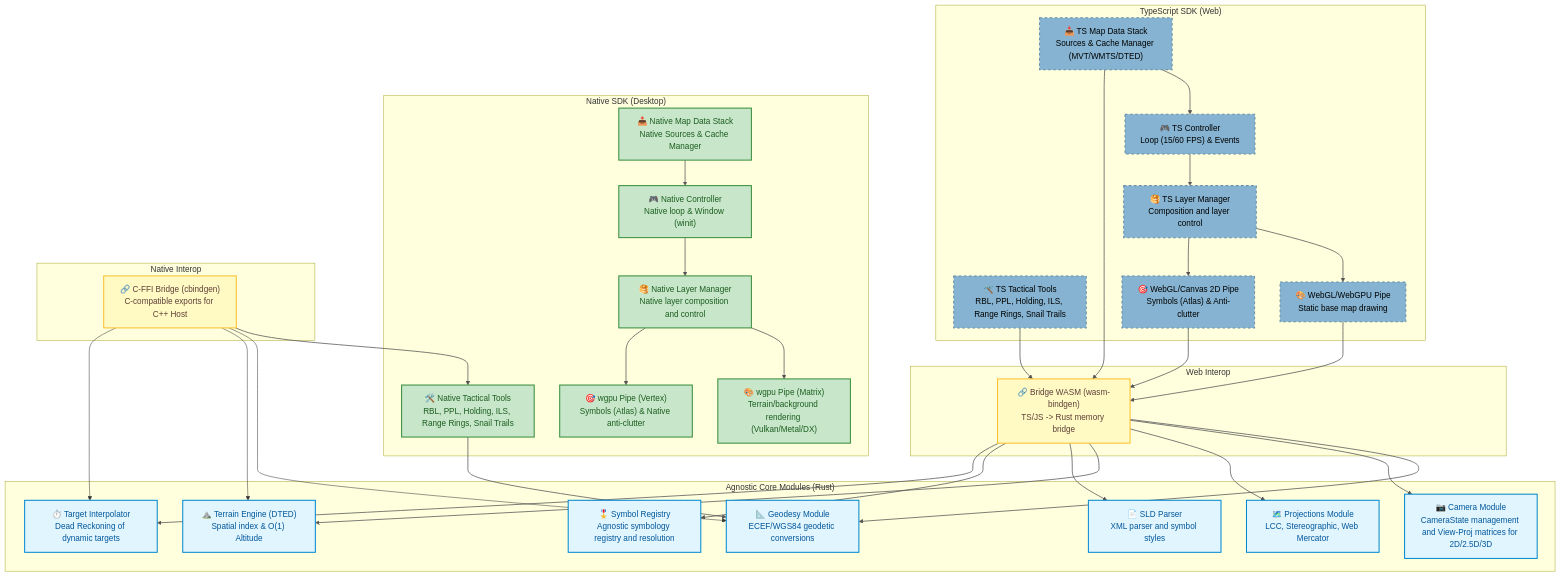
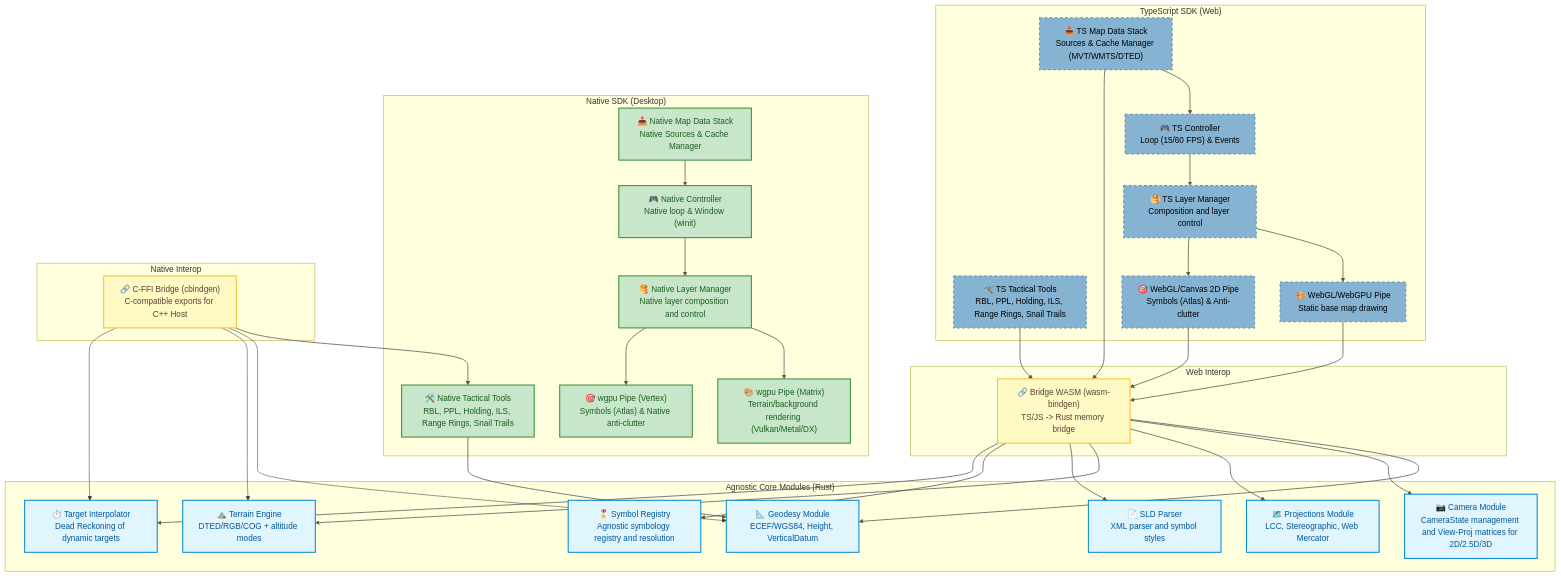
One commit to rodoni/olayer changed the third of 5 diagrams in docs/arch.md. Above: the diagram before and after it, drawn with Mermaid. The commit also changed other lines of this file and 42 other files, not shown here.

Commit message:
feat(terrain): add altitude modes and terrain rendering

````diff
--- a/docs/arch.md
+++ b/docs/arch.md
@@ -129,76 +129,76 @@
 ```mermaid
 graph TB
     classDef component fill:#85B3D1,stroke:#668fa7,color:#000000,stroke-dasharray: 5 5,stroke-width:2px;
     classDef coreComponent fill:#E1F5FE,stroke:#0288D1,color:#01579B,stroke-width:2px;
     classDef wasmBridge fill:#FFF9C4,stroke:#FBC02D,color:#5D4037,stroke-width:2px;
     classDef nativeComponent fill:#C8E6C9,stroke:#388E3C,color:#1B5E20,stroke-width:2px;
 
     subgraph TS_SDK_Comp ["TypeScript SDK (Web)"]
         ts_controller["🎮 TS Controller<br>Loop (15/60 FPS) & Events"]:::component
         ts_layer_manager["🥞 TS Layer Manager<br>Composition and layer control"]:::component
         ts_map_data_stack["📥 TS Map Data Stack<br>Sources & Cache Manager (MVT/WMTS/DTED)"]:::component
         ts_tools["🛠️ TS Tactical Tools<br>RBL, PPL, Holding, ILS, Range Rings, Snail Trails"]:::component
         ts_gpu_pipe["🎨 WebGL/WebGPU Pipe<br>Static base map drawing"]:::component
         ts_cpu_pipe["🎯 WebGL/Canvas 2D Pipe<br>Symbols (Atlas) & Anti-clutter"]:::component
     end
     
     subgraph WASM_Bridge_Comp ["Web Interop"]
         wasm_bridge["🔗 Bridge WASM (wasm-bindgen)<br>TS/JS -> Rust memory bridge"]:::wasmBridge
     end
 
     subgraph Native_SDK_Comp ["Native SDK (Desktop)"]
         native_controller["🎮 Native Controller<br>Native loop & Window (winit)"]:::nativeComponent
         native_layer_manager["🥞 Native Layer Manager<br>Native layer composition and control"]:::nativeComponent
         native_map_data_stack["📥 Native Map Data Stack<br>Native Sources & Cache Manager"]:::nativeComponent
         native_tools["🛠️ Native Tactical Tools<br>RBL, PPL, Holding, ILS, Range Rings, Snail Trails"]:::nativeComponent
         native_gpu_pipe["🎨 wgpu Pipe (Matrix)<br>Terrain/background rendering (Vulkan/Metal/DX)"]:::nativeComponent
         native_cpu_pipe["🎯 wgpu Pipe (Vertex)<br>Symbols (Atlas) & Native anti-clutter"]:::nativeComponent
     end
 
     subgraph FFI_Bridge_Comp ["Native Interop"]
         ffi_bridge["🔗 C-FFI Bridge (cbindgen)<br>C-compatible exports for C++ Host"]:::wasmBridge
     end
 
     subgraph Rust_Core_Comp ["Agnostic Core Modules (Rust)"]
-        geodesy["📐 Geodesy Module<br>ECEF/WGS84 geodetic conversions"]:::coreComponent
+        geodesy["📐 Geodesy Module<br>ECEF/WGS84, Height, VerticalDatum"]:::coreComponent
         camera["📷 Camera Module<br>CameraState management and View-Proj matrices for 2D/2.5D/3D"]:::coreComponent
         projections["🗺️ Projections Module<br>LCC, Stereographic, Web Mercator"]:::coreComponent
-        terrain["⛰️ Terrain Engine (DTED)<br>Spatial index & O(1) Altitude"]:::coreComponent
+        terrain["⛰️ Terrain Engine<br>DTED/RGB/COG + altitude modes"]:::coreComponent
         sld_parser["📄 SLD Parser<br>XML parser and symbol styles"]:::coreComponent
         symbol_registry["🎖️ Symbol Registry<br>Agnostic symbology registry and resolution"]:::coreComponent
         interpolator["⏱️ Target Interpolator<br>Dead Reckoning of dynamic targets"]:::coreComponent
     end
 
     %% TS SDK Relationships
     ts_controller --> ts_layer_manager
     ts_layer_manager --> ts_gpu_pipe
     ts_layer_manager --> ts_cpu_pipe
     ts_map_data_stack --> ts_controller
     ts_map_data_stack --> wasm_bridge
     ts_tools --> wasm_bridge
     ts_gpu_pipe --> wasm_bridge
     ts_cpu_pipe --> wasm_bridge
 
     %% Native SDK Relationships
     native_controller --> native_layer_manager
     native_layer_manager --> native_gpu_pipe
     native_layer_manager --> native_cpu_pipe
     native_map_data_stack --> native_controller
     native_tools --> geodesy
     ffi_bridge --> native_tools
 
     %% Core Connections
     wasm_bridge --> geodesy
     wasm_bridge --> camera
     wasm_bridge --> projections
     wasm_bridge --> terrain
     wasm_bridge --> sld_parser
     wasm_bridge --> symbol_registry
     wasm_bridge --> interpolator
     
     ffi_bridge --> geodesy
     ffi_bridge --> terrain
     ffi_bridge --> interpolator
 
     linkStyle 0,1,2,3,4,5,6,7,8,9,10,11,12,13,14,15,16,17,18,19,20 stroke:#555,stroke-width:1.5px;
 ```
````
